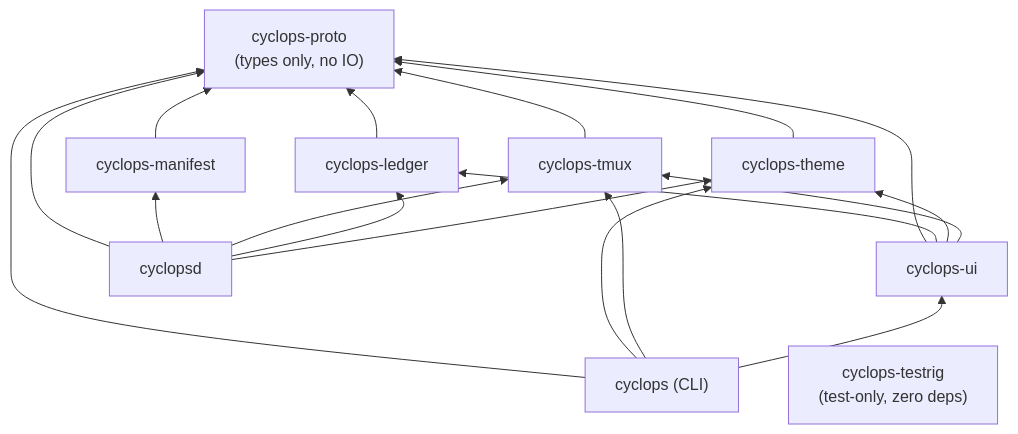
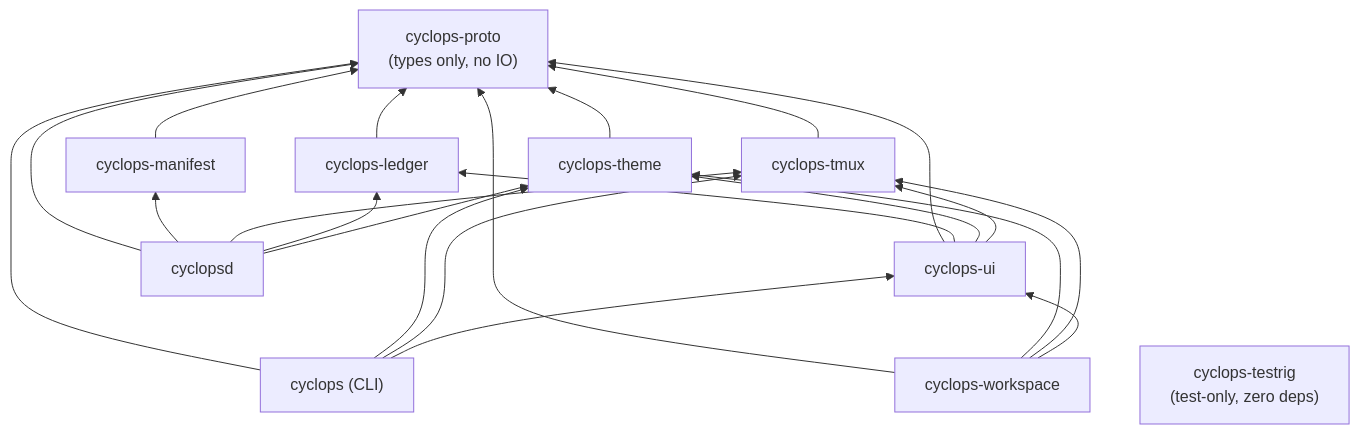
One commit to cyclops-team/cyclops changed the second of 2 diagrams in .agents/summary/architecture.md. Above: the diagram before and after it, drawn with Mermaid. The commit also changed other lines of this file and 58 other files, not shown here.

````diff
--- a/.agents/summary/architecture.md
+++ b/.agents/summary/architecture.md
@@ -49,22 +52,26 @@
 ```mermaid
 graph BT
     proto["cyclops-proto<br/>(types only, no IO)"]
     manifest["cyclops-manifest"] --> proto
     tmux["cyclops-tmux"] --> proto
     ledger["cyclops-ledger"] --> proto
     theme["cyclops-theme"] --> proto
     ui["cyclops-ui"] --> proto
     ui --> ledger
     ui --> theme
     ui --> tmux
     daemon["cyclopsd"] --> proto
     daemon --> manifest
     daemon --> tmux
     daemon --> ledger
     daemon --> theme
     cli["cyclops (CLI)"] --> proto
     cli --> theme
     cli --> tmux
     cli --> ui
+    workspace["cyclops-workspace"] --> proto
+    workspace --> theme
+    workspace --> tmux
+    workspace --> ui
     testrig["cyclops-testrig<br/>(test-only, zero deps)"]
 ```
````
